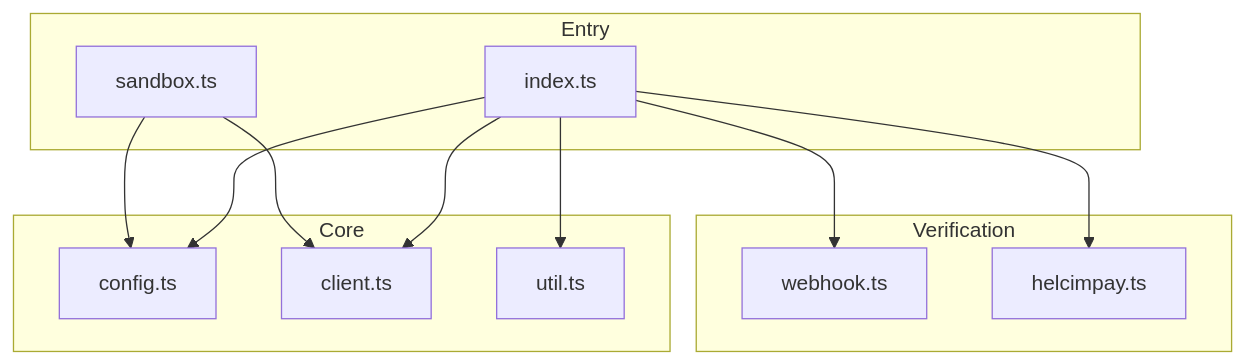
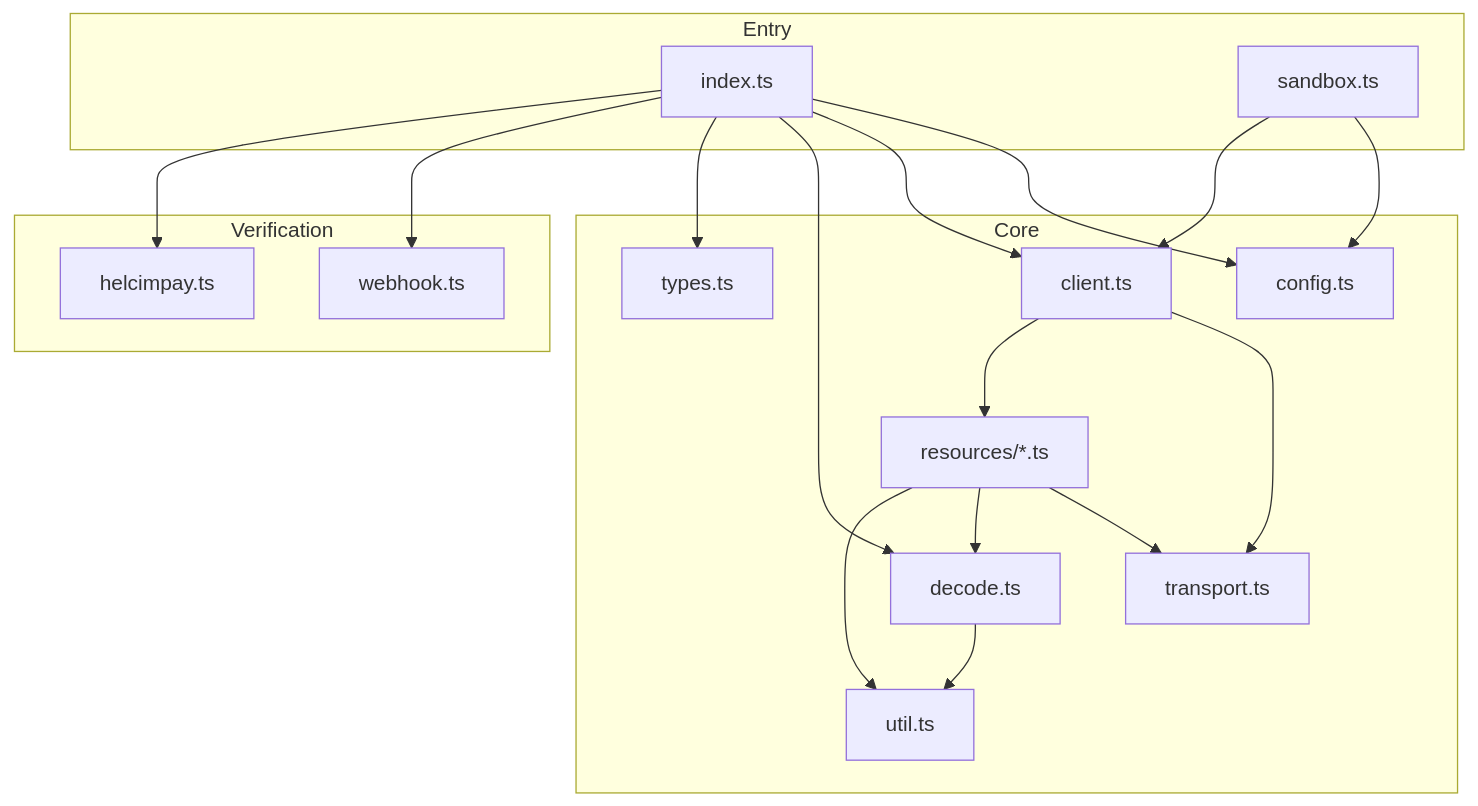
One commit to victorsalmon/helcim-client changed the first of 7 diagrams in docs/ARCHITECTURE.md. Above: the diagram before and after it, drawn with Mermaid. The commit also changed other lines of this file and 2 other files, not shown here.

Commit message:
docs: refresh README and architecture/quality docs

````diff
--- a/docs/ARCHITECTURE.md
+++ b/docs/ARCHITECTURE.md
@@ -9,26 +9,37 @@
 ```mermaid
 flowchart TD
     subgraph Entry
         A[index.ts]
         S[sandbox.ts]
     end
 
     subgraph Core
         B[config.ts]
         C[client.ts]
-        D[util.ts]
+        T[transport.ts]
+        R[resources/*.ts]
+        D[decode.ts]
+        U[types.ts]
+        V[util.ts]
     end
 
     subgraph Verification
         E[webhook.ts]
         F[helcimpay.ts]
     end
 
     A --> B
     A --> C
     A --> D
+    A --> U
     A --> E
     A --> F
     S --> B
     S --> C
+    C --> T
+    C --> R
+    R --> T
+    R --> D
+    R --> V
+    D --> V
 ```
````
